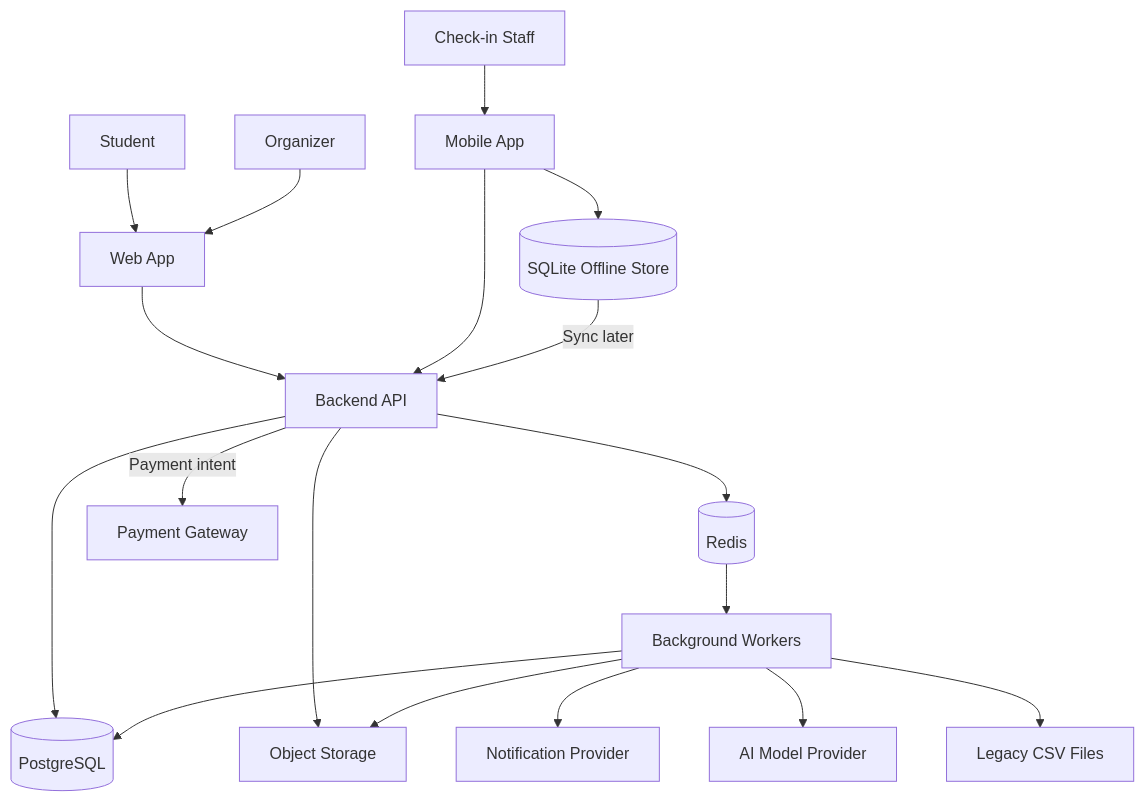
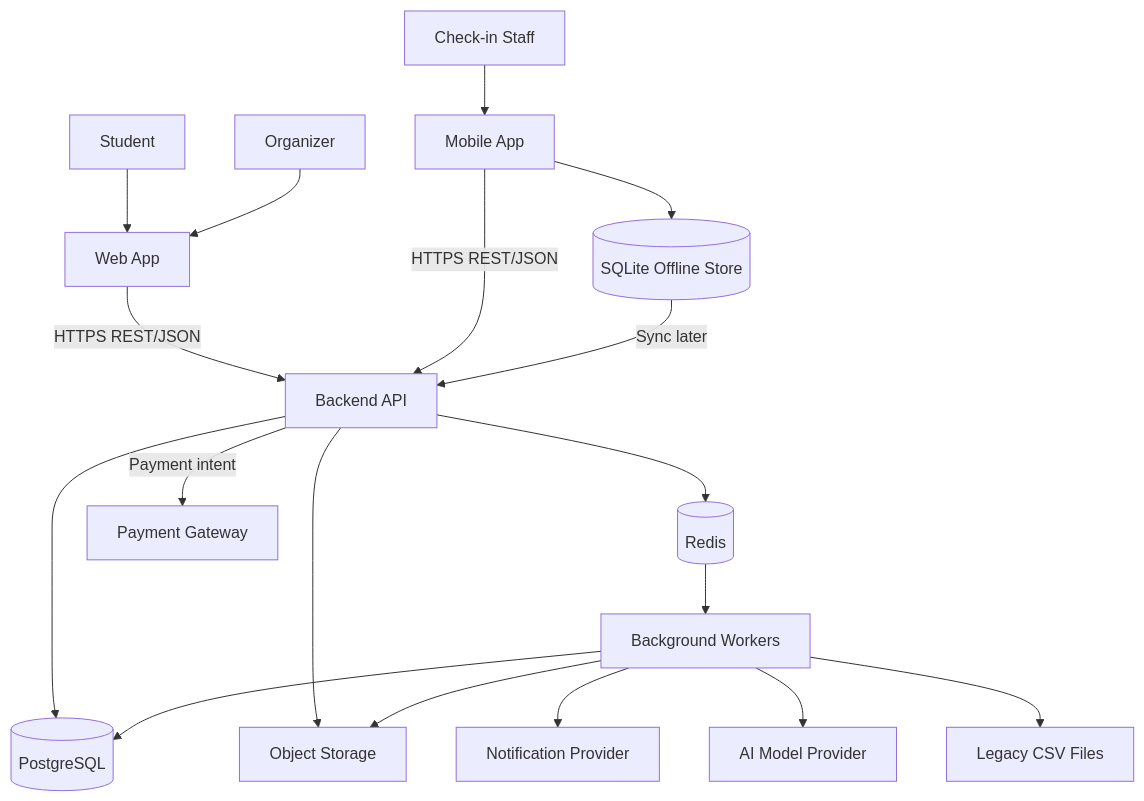
The third of 7 diagrams in blueprint/design.md (NguyenThanhTien539/unihub-workshop-system), drawn with Mermaid before and after one commit. The commit also changed other lines of this file and 7 other files, not shown here.

````diff
--- a/blueprint/design.md
+++ b/blueprint/design.md
@@ -155,23 +338,23 @@
 ```mermaid
 flowchart TD
     Student[Student] --> Web[Web App]
     Organizer[Organizer] --> Web
     Staff[Check-in Staff] --> Mobile[Mobile App]
 
-    Web --> API[Backend API]
-    Mobile --> API
+    Web -->|HTTPS REST/JSON| API[Backend API]
+    Mobile -->|HTTPS REST/JSON| API
     Mobile --> Offline[(SQLite Offline Store)]
     Offline -->|Sync later| API
 
     API --> PG[(PostgreSQL)]
     API --> Redis[(Redis)]
     API --> Obj[Object Storage]
     API -->|Payment intent| Pay[Payment Gateway]
 
     Redis --> Worker[Background Workers]
     Worker --> PG
     Worker --> Obj
     Worker --> Notify[Notification Provider]
     Worker --> AI[AI Model Provider]
     Worker --> CSV[Legacy CSV Files]
 ```
````
